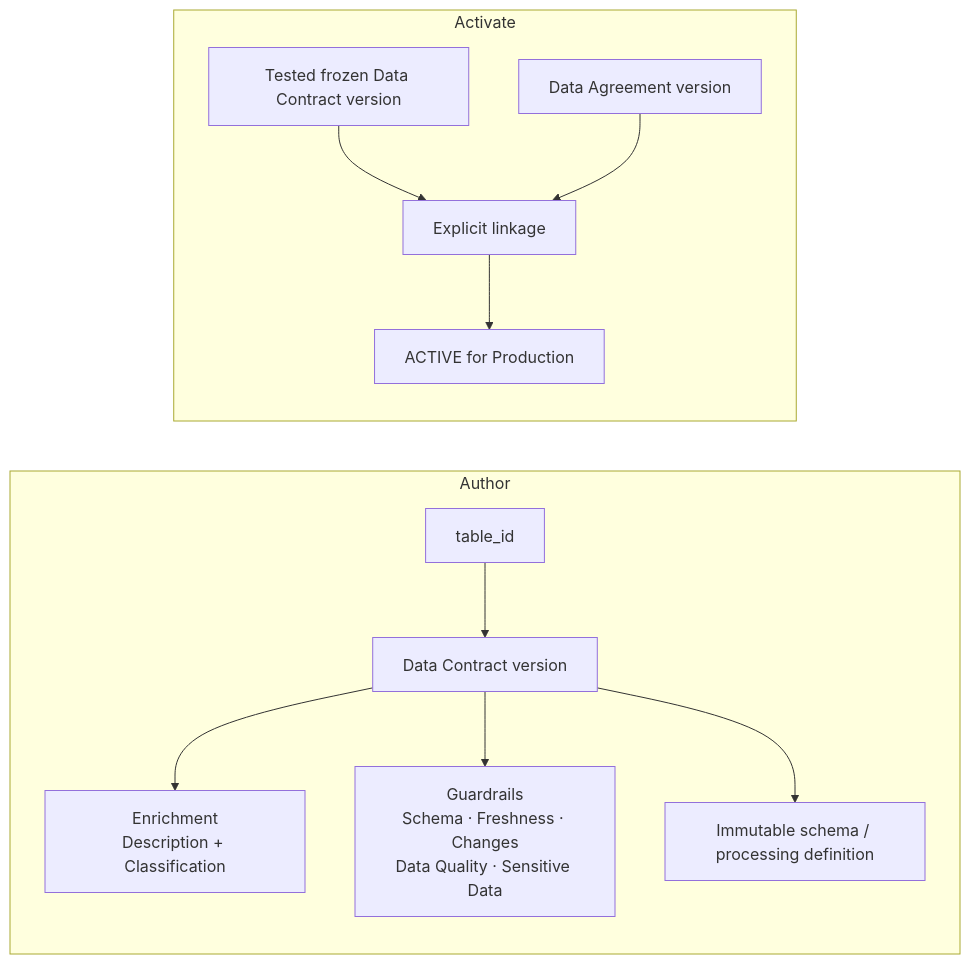
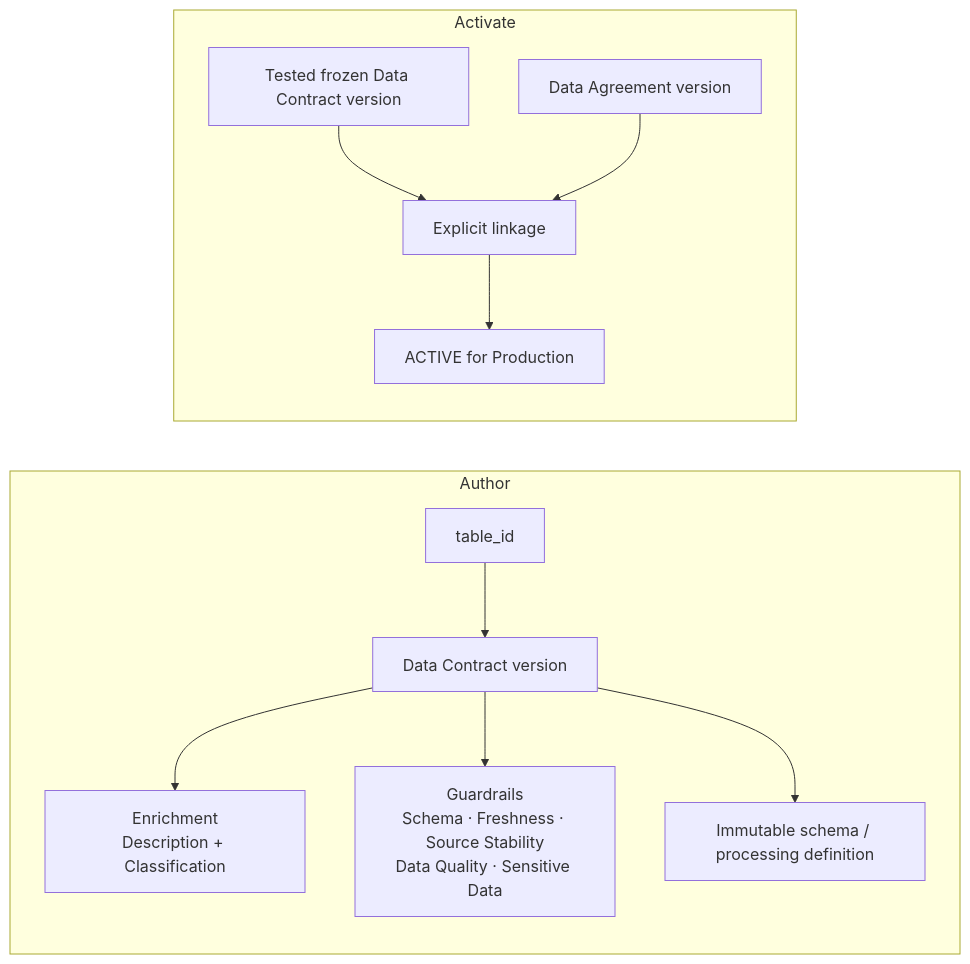
The first of 2 diagrams in docs/how-fabricops-works.md (Voycepeh/FabricOps-Starter-Kit), drawn with Mermaid before and after one commit. The commit also changed other lines of this file and 42 other files, not shown here.

Commit message:
refactor: rename changes guardrail to source stability

````diff
--- a/docs/how-fabricops-works.md
+++ b/docs/how-fabricops-works.md
@@ -324,14 +324,14 @@
 ```mermaid
 flowchart LR
     subgraph AUTHOR[Author]
         TABLE["table_id"] --> CONTRACT["Data Contract version"]
         CONTRACT --> ENRICH["Enrichment<br/>Description + Classification"]
-        CONTRACT --> RULES["Guardrails<br/>Schema · Freshness · Changes<br/>Data Quality · Sensitive Data"]
+        CONTRACT --> RULES["Guardrails<br/>Schema · Freshness · Source Stability<br/>Data Quality · Sensitive Data"]
         CONTRACT --> SNAPSHOT["Immutable schema / processing definition"]
     end
     subgraph ACTIVATE[Activate]
         TESTED["Tested frozen Data Contract version"] --> LINK["Explicit linkage"]
         AGREEMENT["Data Agreement version"] --> LINK
         LINK --> ACTIVE["ACTIVE for Production"]
     end
 ```
````
